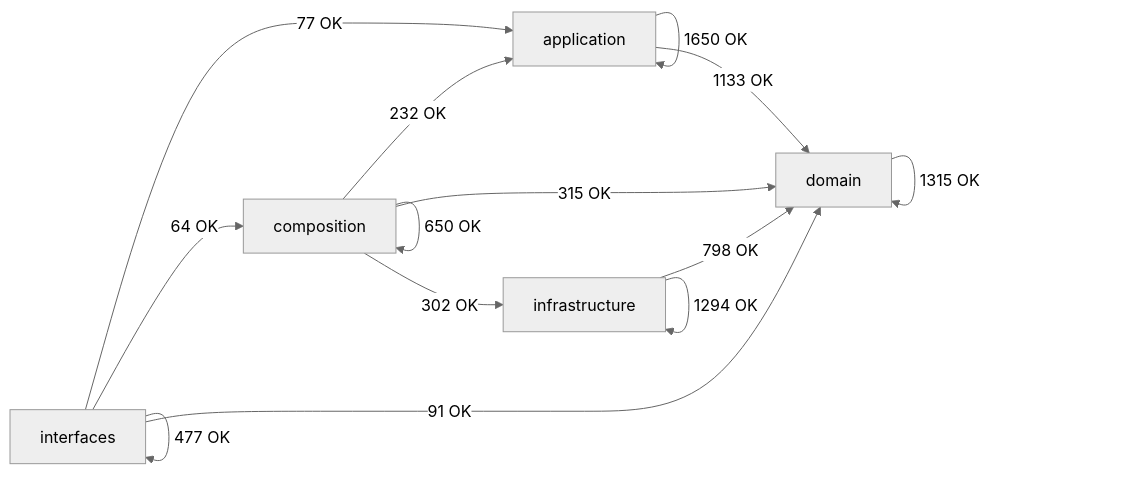
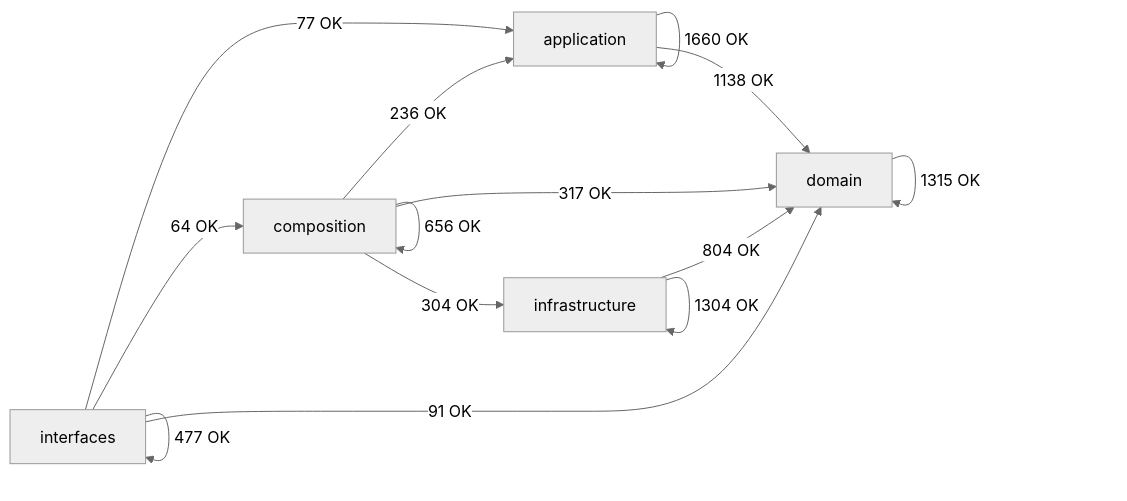
The diagram in docs/02-architecture/generated/module-dependency-map.md (SatoryKono/BioactivityDataAcquisition), drawn with Mermaid (neutral theme) before and after one commit. The commit also changed other lines of this file and 126 other files, not shown here.

````diff
--- a/docs/02-architecture/generated/module-dependency-map.md
+++ b/docs/02-architecture/generated/module-dependency-map.md
@@ -17,21 +17,21 @@
 ```mermaid
 flowchart LR
     domain[domain]
     application[application]
     infrastructure[infrastructure]
     composition[composition]
     interfaces[interfaces]
-    application -->|1650 OK| application
-    application -->|1133 OK| domain
-    composition -->|232 OK| application
-    composition -->|650 OK| composition
-    composition -->|315 OK| domain
-    composition -->|302 OK| infrastructure
+    application -->|1660 OK| application
+    application -->|1138 OK| domain
+    composition -->|236 OK| application
+    composition -->|656 OK| composition
+    composition -->|317 OK| domain
+    composition -->|304 OK| infrastructure
     domain -->|1315 OK| domain
-    infrastructure -->|798 OK| domain
-    infrastructure -->|1294 OK| infrastructure
+    infrastructure -->|804 OK| domain
+    infrastructure -->|1304 OK| infrastructure
     interfaces -->|77 OK| application
     interfaces -->|64 OK| composition
     interfaces -->|91 OK| domain
     interfaces -->|477 OK| interfaces
 ```
````
